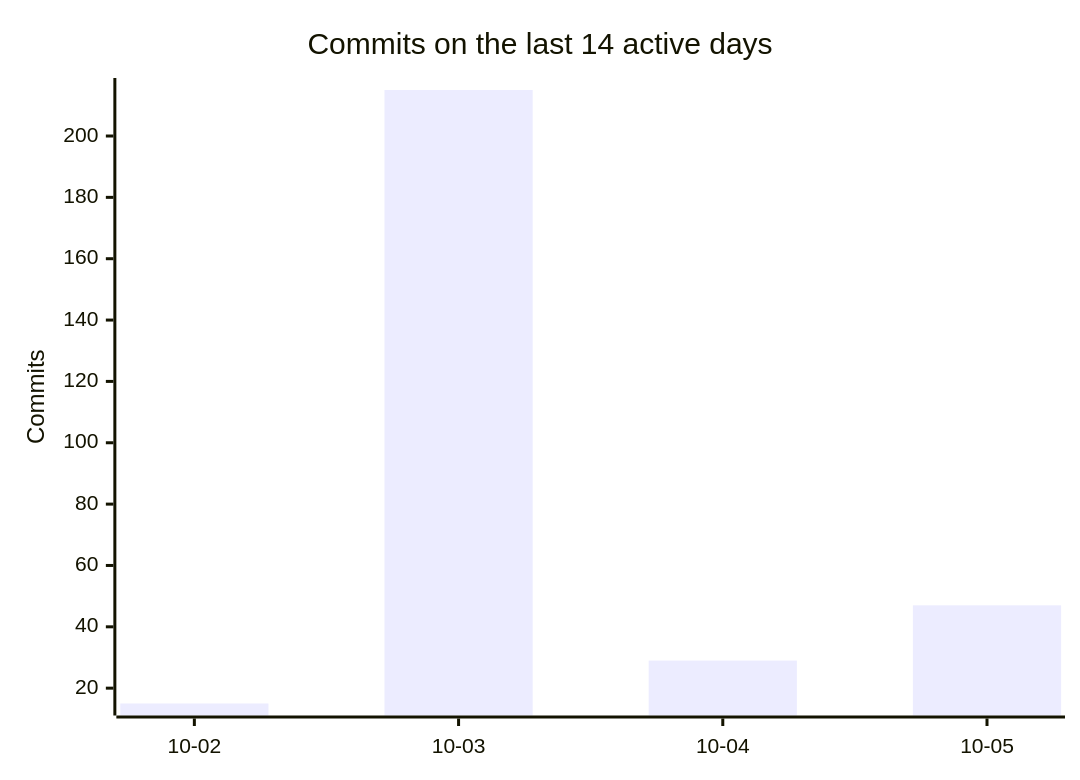
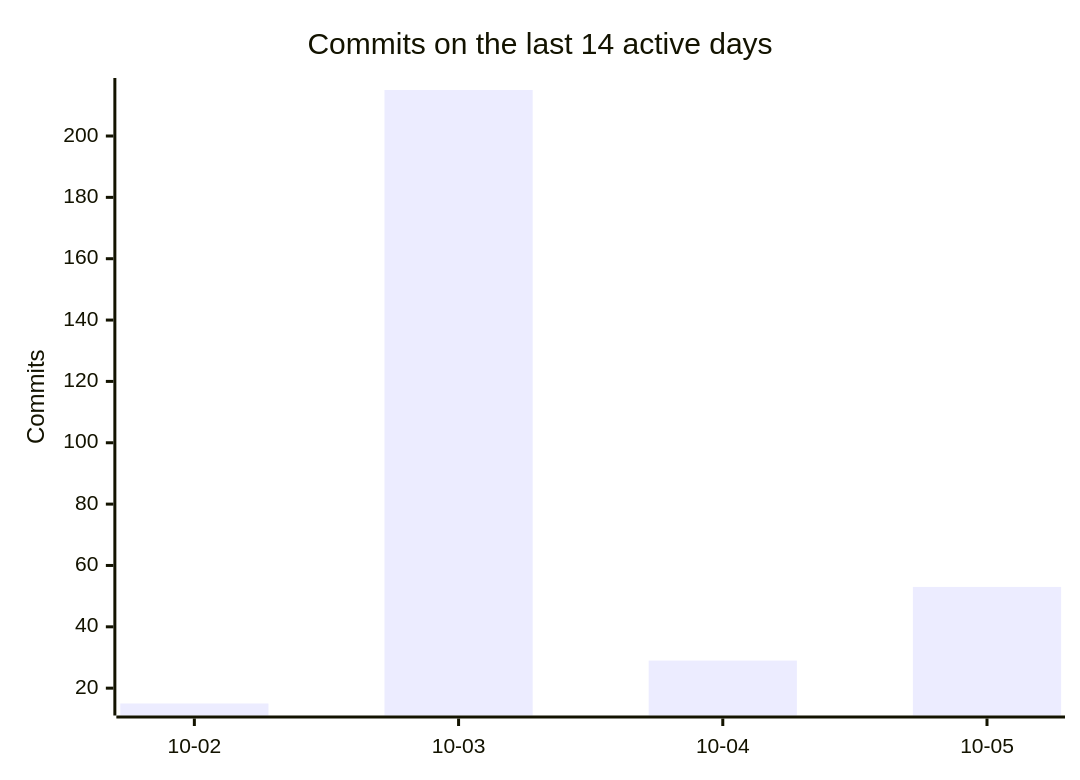
One commit to PflanzenDex/PflanzenDex changed the third of 3 diagrams in README.md. Above: the diagram before and after it, drawn with Mermaid. The commit also changed other lines of this file, not shown here.

````diff
--- a/README.md
+++ b/README.md
@@ -70,7 +70,7 @@
 ```mermaid
 xychart-beta
   title "Commits on the last 14 active days"
   x-axis ["10-02", "10-03", "10-04", "10-05"]
   y-axis "Commits"
-  bar [15, 215, 29, 47]
+  bar [15, 215, 29, 53]
 ```
````
